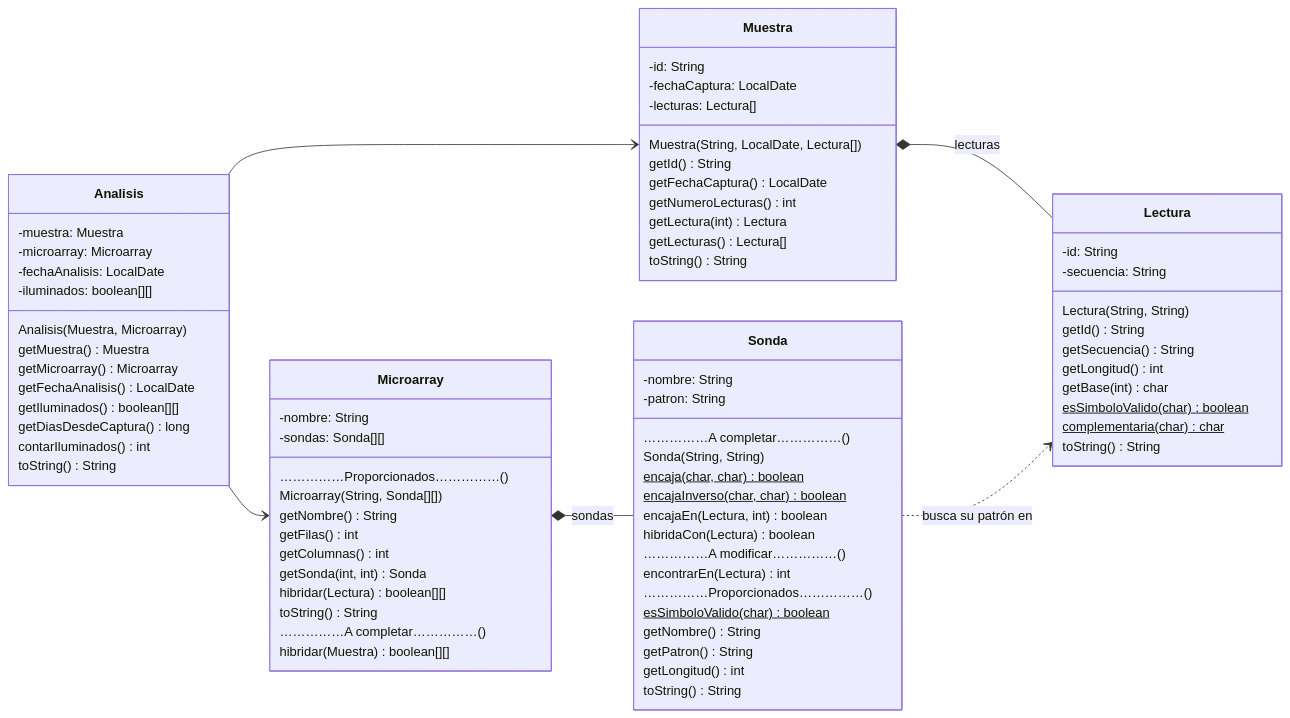
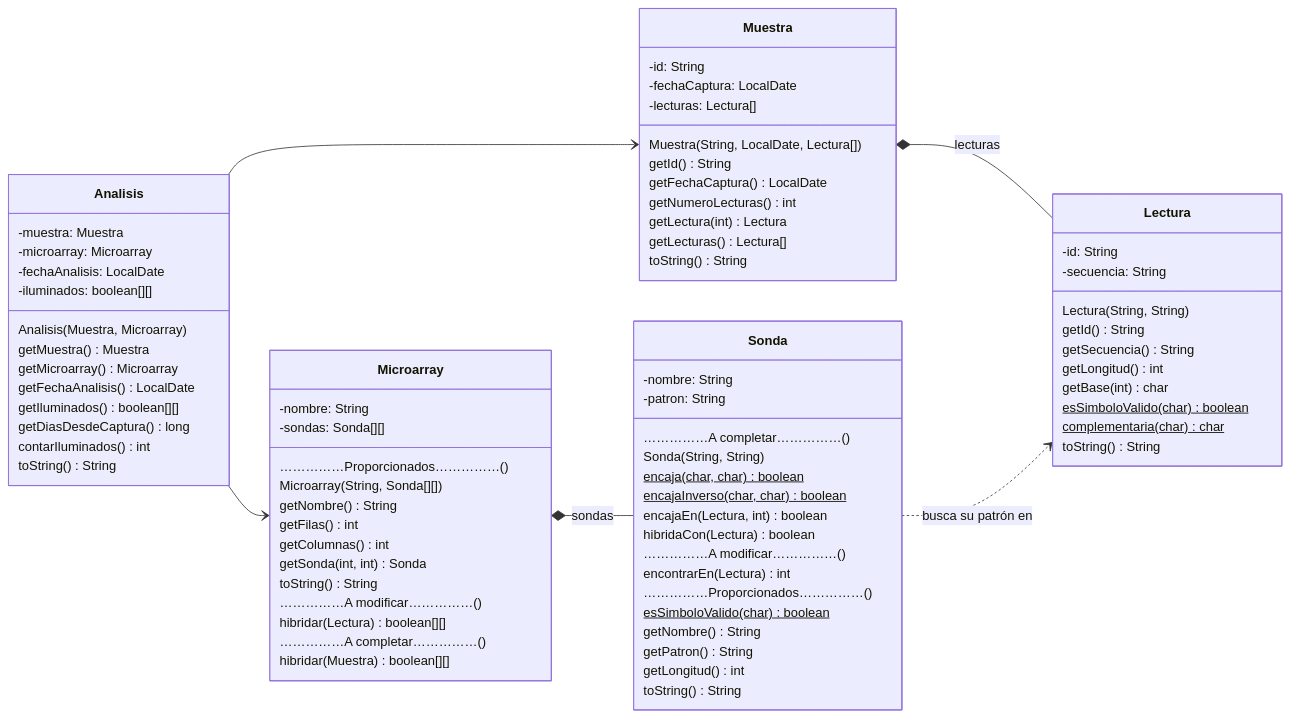
Before and after one commit to ysmartin/fprg-2026-P2-dev: the diagram in README.md, drawn with Mermaid. The commit also changed other lines of this file and 5 other files, not shown here.

```diff
--- a/README.md
+++ b/README.md
@@ -177,8 +177,9 @@
 getFilas() int
 getColumnas() int
 getSonda(int, int) Sonda
+toString() String
+……………A modificar……………()
 hibridar(Lectura) boolean[][]
-toString() String
 ……………A completar……………()
 hibridar(Muestra) boolean[][]
 }
```
